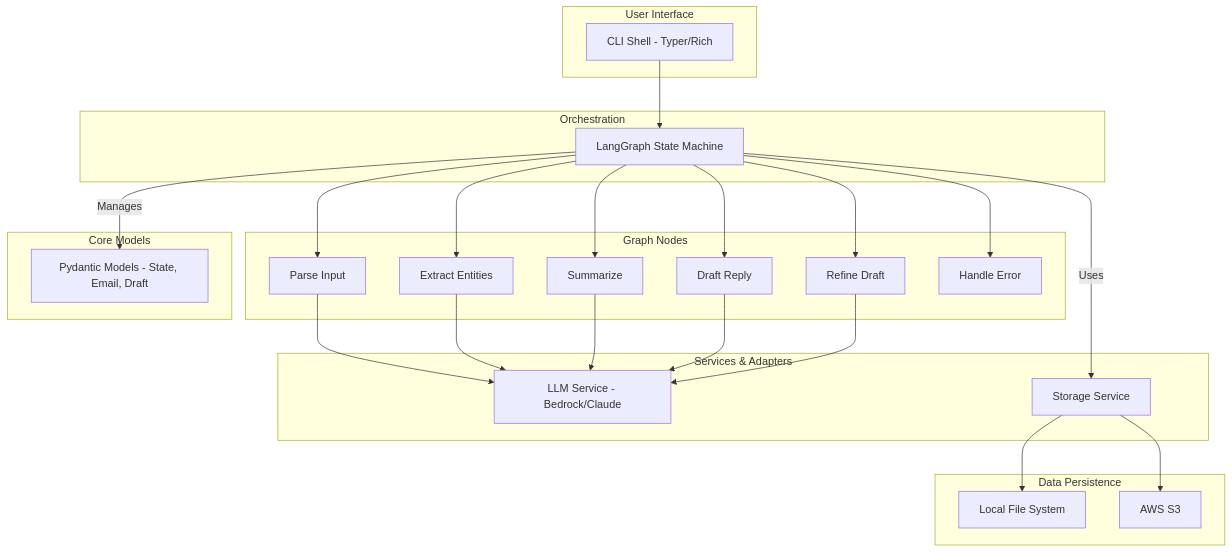
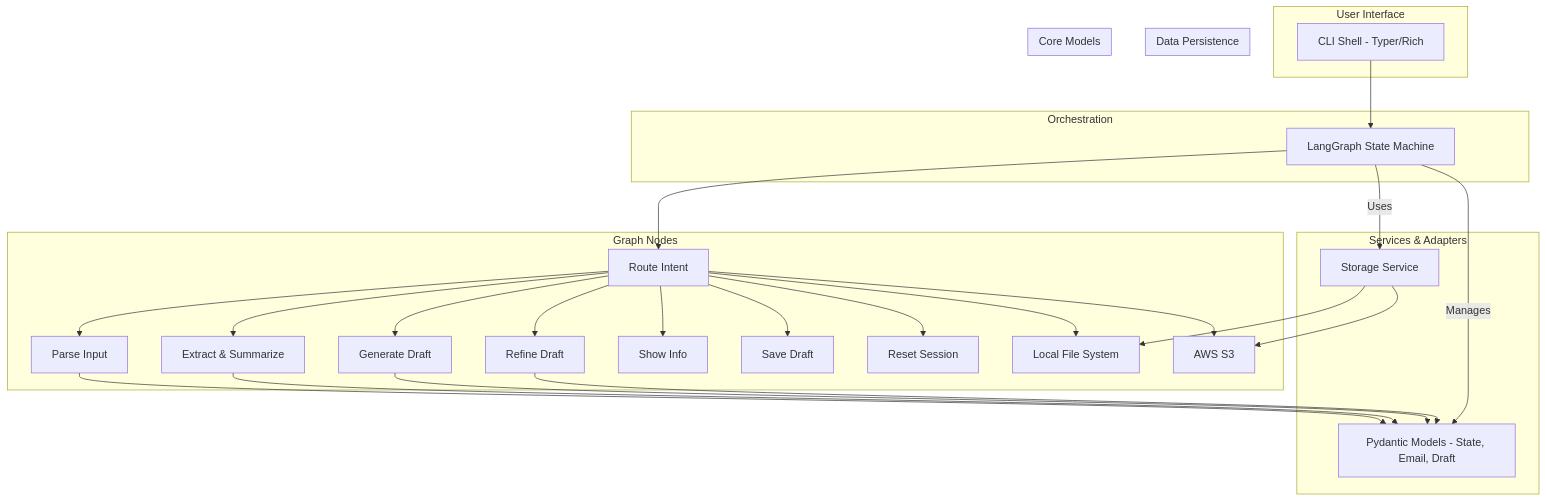
One commit to RayKMAllen/eassistant changed the first of 2 diagrams in docs/Architectural_Plan.md. Above: the diagram before and after it, drawn with Mermaid. The commit also changed other lines of this file and 6 other files, not shown here.

Commit message:
Update graph to include intent classification

````diff
--- a/docs/Architectural_Plan.md
+++ b/docs/Architectural_Plan.md
@@ -9,44 +9,48 @@
 ```mermaid
 graph TD
     subgraph User Interface
         A[CLI Shell - Typer/Rich]
     end
 
     subgraph Orchestration
         B[LangGraph State Machine]
     end
 
     subgraph Core Logic [Graph Nodes]
-        C[Parse Input]
-        D[Extract Entities]
-        E[Summarize]
-        F[Draft Reply]
+        C[Route Intent]
+        D[Parse Input]
+        E[Extract & Summarize]
+        F[Generate Draft]
         G[Refine Draft]
-        H[Handle Error]
+        H[Show Info]
+        I[Save Draft]
+        J[Reset Session]
+        K[Handle Unclear]
+        L[Handle Error]
     end
 
     subgraph Services & Adapters
-        I[LLM Service - Bedrock/Claude]
-        J[Storage Service]
+        M[LLM Service - Bedrock/Claude]
+        N[Storage Service]
     end
 
     subgraph Data Persistence
         K[Local File System]
         L[AWS S3]
     end
 
     subgraph Core Models
         M[Pydantic Models - State, Email, Draft]
     end
 
     A --> B
-    B --> C; B --> D; B --> E; B --> F; B --> G; B --> H
-    C --> I
-    D --> I
-    E --> I
-    F --> I
-    G --> I
+    B --> C
+    C --> D; C --> E; C --> F; C --> G; C --> H; C --> I; C --> J; C --> K; C --> L
+    D --> M
+    E --> M
+    F --> M
+    G --> M
     B -- Manages --> M
-    J --> K; J --> L
-    B -- Uses --> J
+    N --> K; N --> L
+    B -- Uses --> N
 ```
````
